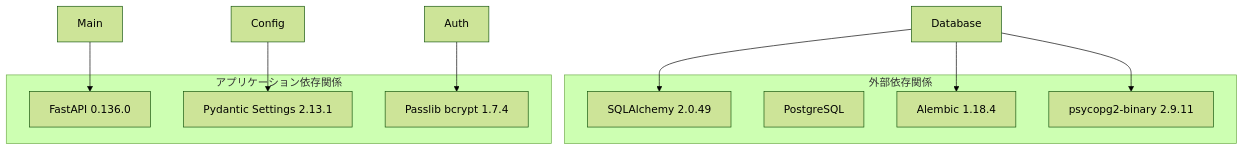
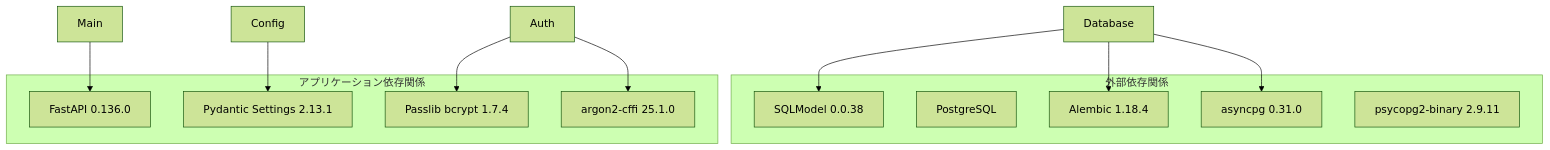
One commit to ss8806/Todos changed the seventh of 8 diagrams in .qoder/repowiki/ja/content/アーキテクチャ/データベースアーキテクチャ.md. Above: the diagram before and after it, drawn with Mermaid (forest theme). The commit also changed other lines of this file and 11 other files, not shown here.

````diff
--- a/.qoder/repowiki/ja/content/アーキテクチャ/データベースアーキテクチャ.md
+++ b/.qoder/repowiki/ja/content/アーキテクチャ/データベースアーキテクチャ.md
@@ -276,20 +313,23 @@
 ```mermaid
 graph TB
 subgraph "外部依存関係"
-SQLAlchemy[SQLAlchemy 2.0.49]
+SQLModel[SQLModel 0.0.38]
 Postgres[PostgreSQL]
 Alembic[Alembic 1.18.4]
+AsyncPG[asyncpg 0.31.0]
 Psycopg2[psycopg2-binary 2.9.11]
 end
 subgraph "アプリケーション依存関係"
 FastAPI[FastAPI 0.136.0]
 Pydantic[Pydantic Settings 2.13.1]
 Passlib[Passlib bcrypt 1.7.4]
+Argon2[argon2-cffi 25.1.0]
 end
-Database --> SQLAlchemy
+Database --> SQLModel
 Database --> Alembic
-Database --> Psycopg2
+Database --> AsyncPG
 Main --> FastAPI
 Config --> Pydantic
 Auth --> Passlib
+Auth --> Argon2
 ```
````
